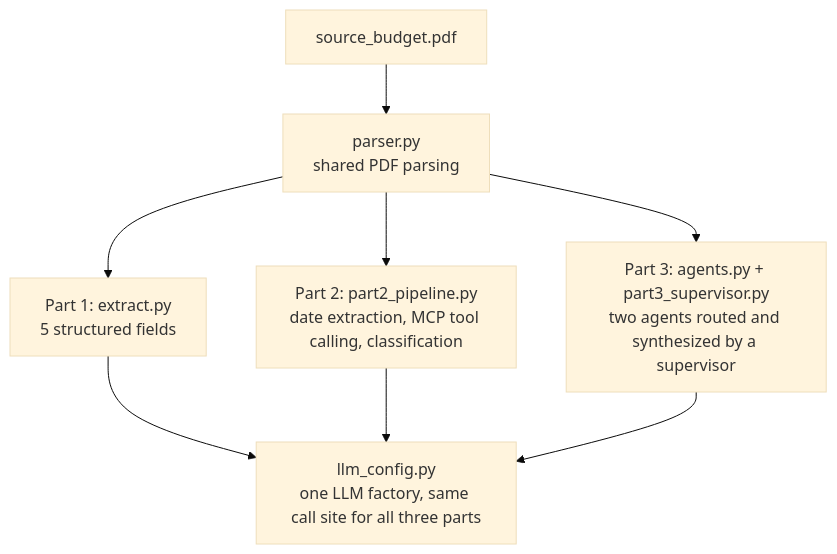
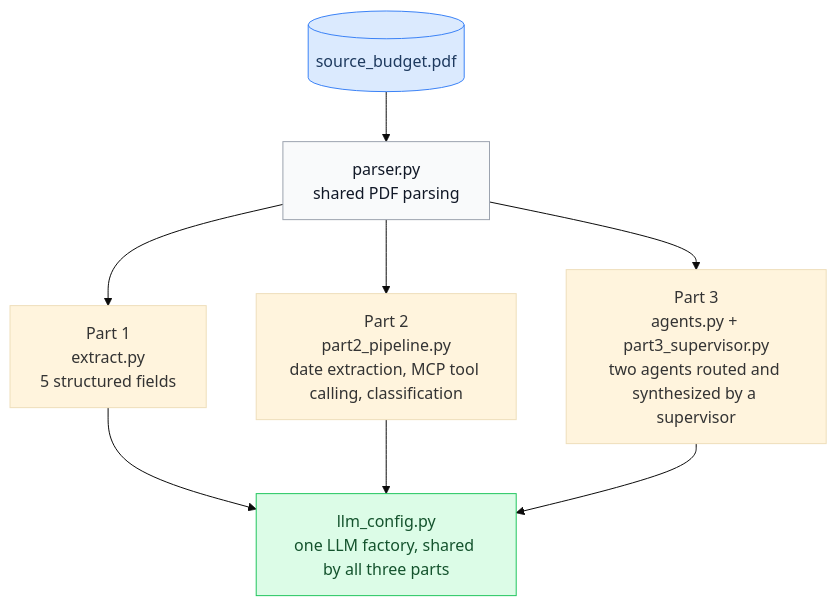
The diagram in README.md (ankurgenomics/fiscal-graph), drawn with Mermaid (base theme) before and after one commit. The commit also changed other lines of this file, not shown here.

````diff
--- a/README.md
+++ b/README.md
@@ -77,10 +104,14 @@
 ```mermaid
 flowchart TD
-    PDF[source_budget.pdf] --> Parser[parser.py<br/>shared PDF parsing]
-    Parser --> P1["Part 1: extract.py<br/>5 structured fields"]
-    Parser --> P2["Part 2: part2_pipeline.py<br/>date extraction, MCP tool calling, classification"]
-    Parser --> P3["Part 3: agents.py + part3_supervisor.py<br/>two agents routed and synthesized by a supervisor"]
-    P1 --> LLM[llm_config.py<br/>one LLM factory, same call site for all three parts]
+    PDF[("source_budget.pdf")] --> Parser["parser.py<br/>shared PDF parsing"]
+    Parser --> P1["Part 1<br/>extract.py<br/>5 structured fields"]
+    Parser --> P2["Part 2<br/>part2_pipeline.py<br/>date extraction, MCP tool calling, classification"]
+    Parser --> P3["Part 3<br/>agents.py + part3_supervisor.py<br/>two agents routed and synthesized by a supervisor"]
+    P1 --> LLM["llm_config.py<br/>one LLM factory, shared by all three parts"]
     P2 --> LLM
     P3 --> LLM
+
+    style PDF fill:#dbeafe,stroke:#3b82f6,color:#1e3a5f
+    style Parser fill:#f9fafb,stroke:#9ca3af,color:#111827
+    style LLM fill:#dcfce7,stroke:#22c55e,color:#14532d
 ```
````
